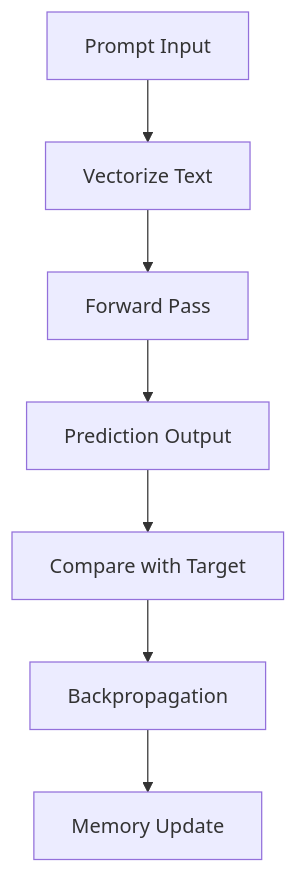
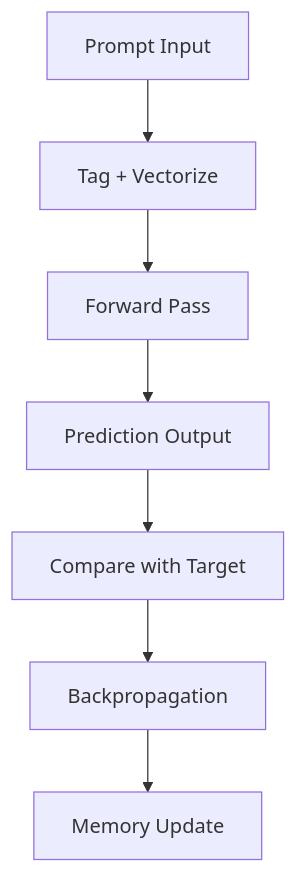
The diagram in docs/Mock-Up.md (bobdub/playing-with-codex-ii), drawn with Mermaid before and after one commit. The commit also changed other lines of this file, not shown here.

````diff
--- a/docs/Mock-Up.md
+++ b/docs/Mock-Up.md
@@ -29,9 +41,9 @@
 ```mermaid
 graph TD
-A[Prompt Input] --> B[Vectorize Text]
+A[Prompt Input] --> B[Tag + Vectorize]
 B --> C[Forward Pass]
 C --> D[Prediction Output]
 D --> E[Compare with Target]
 E --> F[Backpropagation]
 F --> G[Memory Update]
 ```
````
